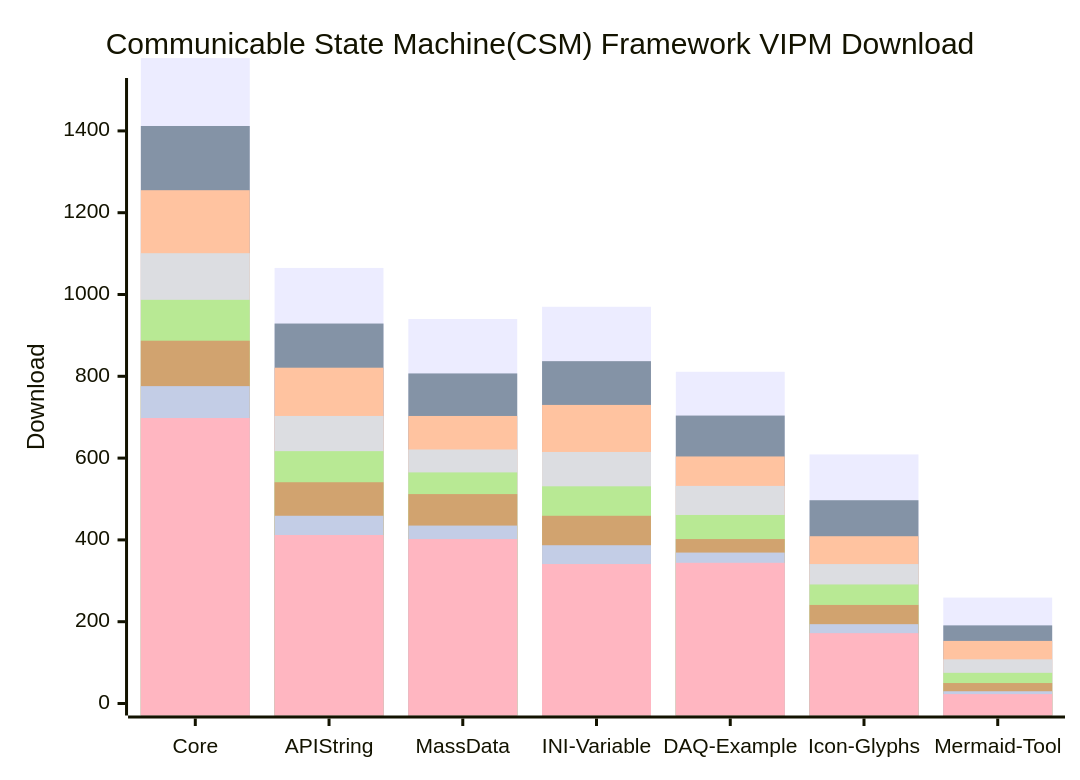
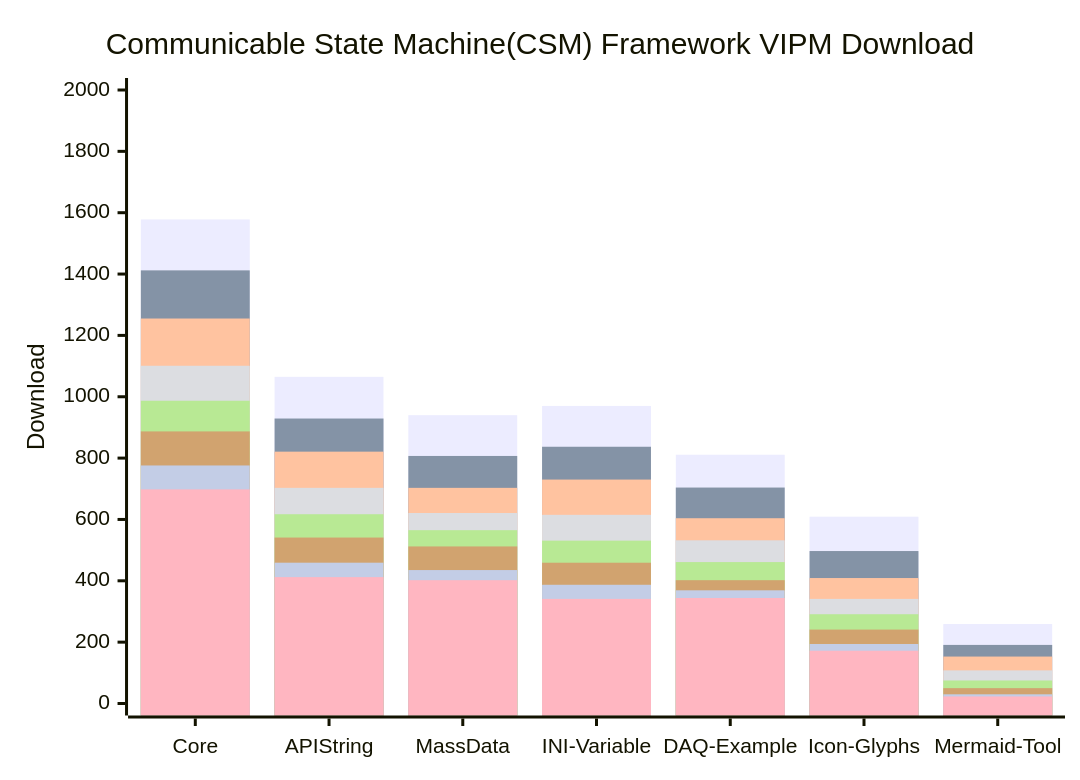
One commit to NEVSTOP-LAB/.github changed the diagram in profile/README.md. Above: the diagram before and after it, drawn with Mermaid.

````diff
--- a/profile/README.md
+++ b/profile/README.md
@@ -31,14 +31,14 @@
 ```mermaid
     xychart-beta
     title "Communicable State Machine(CSM) Framework VIPM Download"
     x-axis [Core, API String, MassData, INI-Variable, DAQ-Example, Icon-Glyphs, Mermaid-Tool]
-    y-axis "Download" 0 --> 1500
+    y-axis "Download" 0 --> 2000
     bar   [1578, 1065, 940, 970, 811, 609, 259]
     bar   [1412, 929, 807, 837, 704, 497, 191]
     bar   [1255, 821, 703, 730, 604, 409, 153]
     bar   [1101, 703, 621, 615, 532, 341, 108]
     bar   [987, 617, 565, 531, 461, 291, 75]
     bar   [887, 541, 512, 459, 402, 241, 50]
     bar   [776, 459, 435, 387, 369, 194, 30]
     bar   [698, 412, 402, 341, 344, 172, 23]
 ```
````
